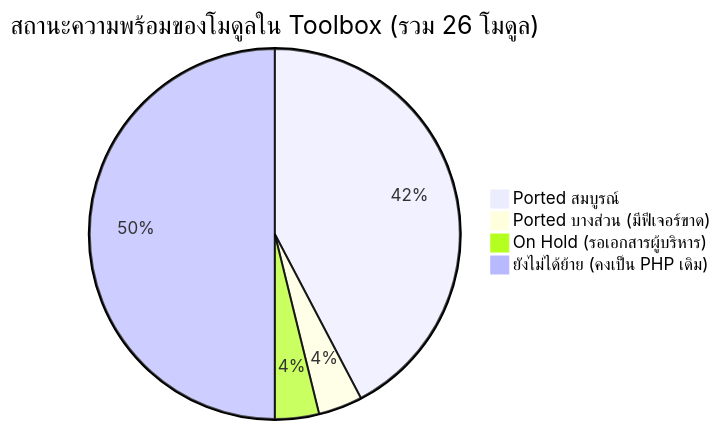
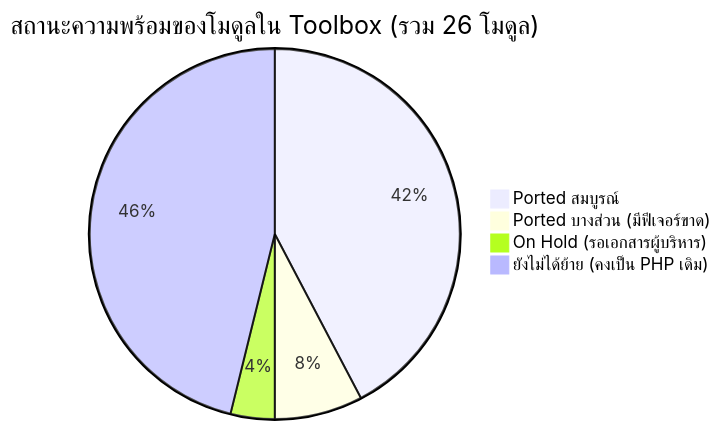
The first of 2 diagrams in MES/docs/blueprint/MES_LEGACY_VS_TOOLBOX_GAP_ANALYSIS.md (Scyst/MES), drawn with Mermaid before and after one commit. The commit also changed other lines of this file and 22 other files, not shown here.

````diff
--- a/MES/docs/blueprint/MES_LEGACY_VS_TOOLBOX_GAP_ANALYSIS.md
+++ b/MES/docs/blueprint/MES_LEGACY_VS_TOOLBOX_GAP_ANALYSIS.md
@@ -18,7 +18,7 @@
 ```mermaid
 pie title สถานะความพร้อมของโมดูลใน Toolbox (รวม 26 โมดูล)
     "Ported สมบูรณ์" : 11
-    "Ported บางส่วน (มีฟีเจอร์ขาด)" : 1
+    "Ported บางส่วน (มีฟีเจอร์ขาด)" : 2
     "On Hold (รอเอกสารผู้บริหาร)" : 1
-    "ยังไม่ได้ย้าย (คงเป็น PHP เดิม)" : 13
+    "ยังไม่ได้ย้าย (คงเป็น PHP เดิม)" : 12
 ```
````
